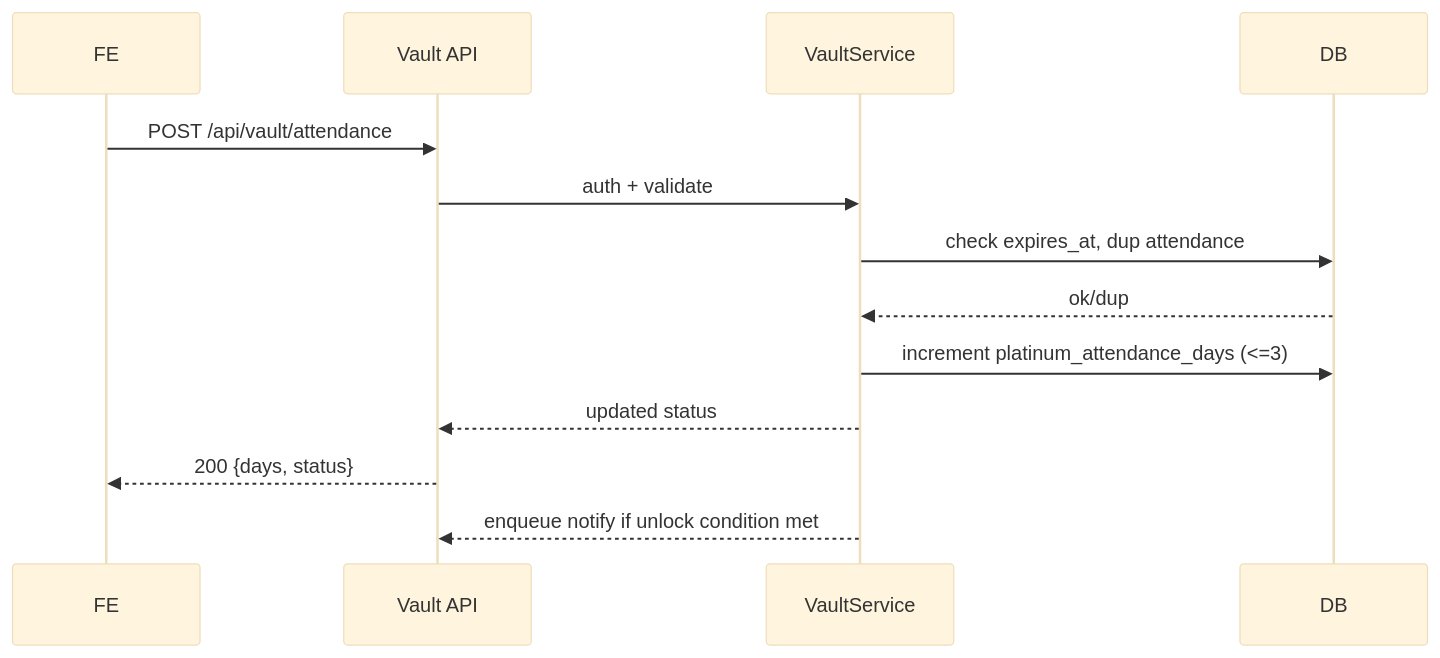
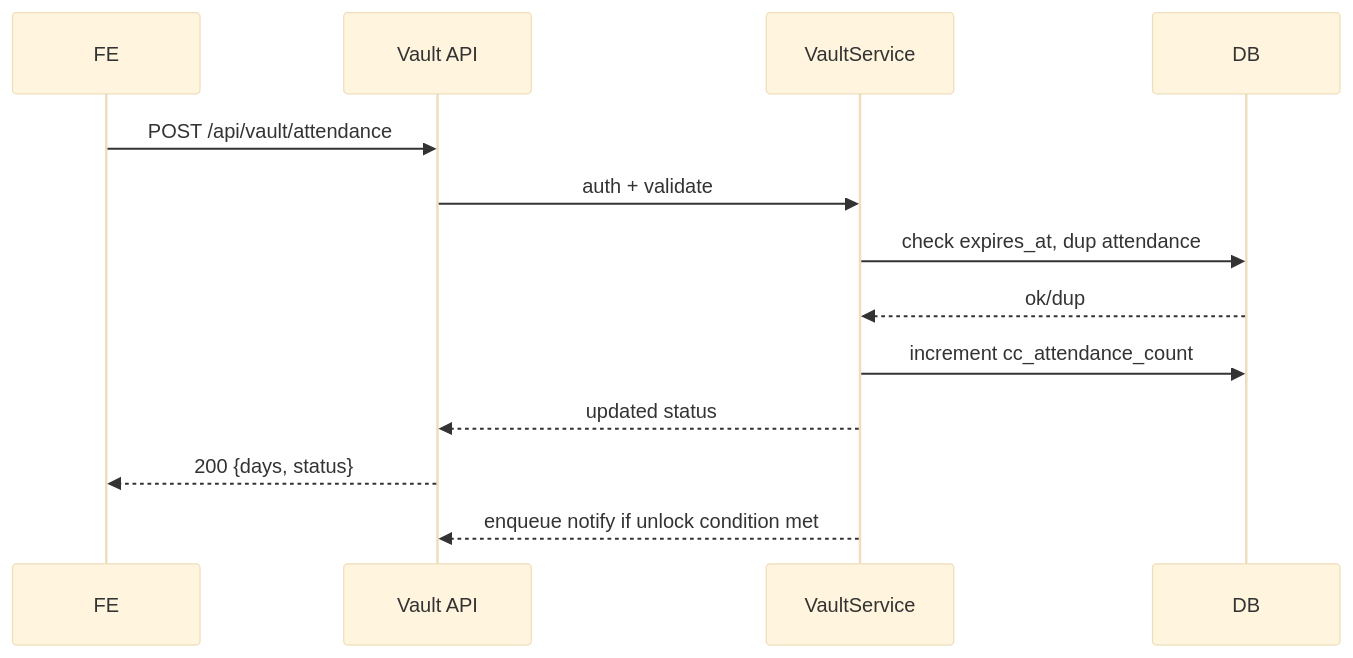
The second of 7 diagrams in docs/SEQUENCE_STATE_VAULT_V2.md (heyjinjung/rmafh), drawn with Mermaid (base theme) before and after one commit. The commit also changed other lines of this file and 13 other files, not shown here.

````diff
--- a/docs/SEQUENCE_STATE_VAULT_V2.md
+++ b/docs/SEQUENCE_STATE_VAULT_V2.md
@@ -109,15 +112,15 @@
 ```mermaid
 sequenceDiagram
   participant FE as FE
   participant API as Vault API
   participant SVC as VaultService
   participant DB as DB
   FE->>API: POST /api/vault/attendance
   API->>SVC: auth + validate
   SVC->>DB: check expires_at, dup attendance
   DB-->>SVC: ok/dup
-  SVC->>DB: increment platinum_attendance_days (<=3)
+  SVC->>DB: increment cc_attendance_count
   SVC-->>API: updated status
   API-->>FE: 200 {days, status}
   SVC-->>API: enqueue notify if unlock condition met
 ```
````
